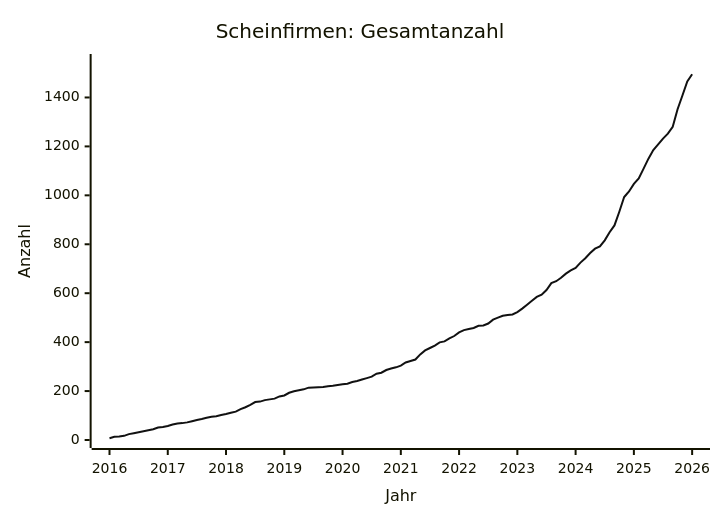
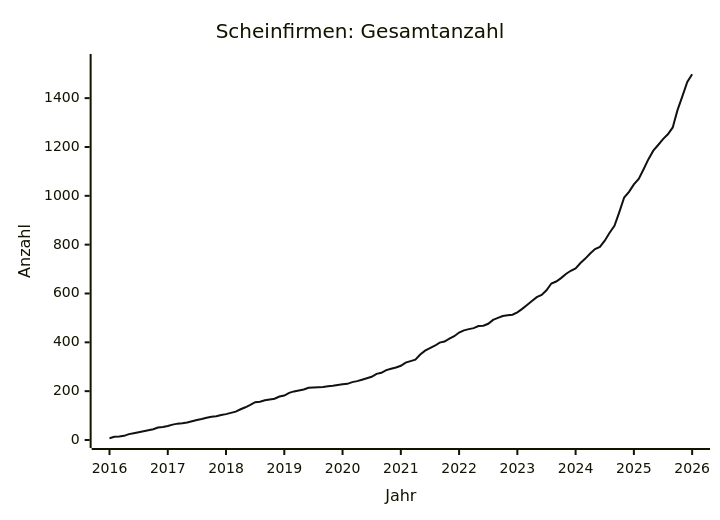
The diagram in data/STATS.md (arjoma/scheinfirmen-at), drawn with Mermaid before and after one commit. The commit also changed other lines of this file and 3 other files, not shown here.

````diff
--- a/data/STATS.md
+++ b/data/STATS.md
@@ -9,13 +9,13 @@
 ```mermaid
 ---
 config:
   themeVariables:
     xyChart:
       plotColorPalette: "#111111"
 ---
 xychart-beta
     title "Scheinfirmen: Gesamtanzahl"
     x-axis "Jahr" 2016 --> 2026
-    y-axis "Anzahl" 0 --> 1545
-    line [7, 13, 14, 17, 24, 28, 32, 36, 40, 44, 51, 53, 57, 63, 67, 69, 72, 77, 82, 86, 91, 95, 97, 102, 106, 111, 116, 126, 134, 144, 155, 157, 163, 166, 169, 178, 182, 193, 199, 203, 207, 214, 215, 216, 217, 220, 222, 225, 228, 230, 237, 241, 247, 253, 259, 271, 275, 286, 292, 297, 304, 317, 323, 329, 350, 366, 376, 386, 399, 403, 415, 425, 440, 449, 454, 458, 467, 468, 476, 492, 500, 508, 511, 513, 523, 537, 553, 569, 585, 594, 613, 641, 649, 663, 680, 693, 703, 725, 743, 764, 782, 791, 816, 849, 877, 933, 993, 1016, 1047, 1069, 1109, 1150, 1185, 1208, 1232, 1252, 1280, 1352, 1408, 1466, 1495]
+    y-axis "Anzahl" 0 --> 1548
+    line [7, 13, 14, 17, 24, 28, 32, 36, 40, 44, 51, 53, 57, 63, 67, 69, 72, 77, 82, 86, 91, 95, 97, 102, 106, 111, 116, 126, 134, 144, 155, 157, 163, 166, 169, 178, 182, 193, 199, 203, 207, 214, 215, 216, 217, 220, 222, 225, 228, 230, 237, 241, 247, 253, 259, 271, 275, 286, 292, 297, 304, 317, 323, 329, 350, 366, 376, 386, 399, 403, 415, 425, 440, 449, 454, 458, 467, 468, 476, 492, 500, 508, 511, 513, 523, 537, 553, 569, 585, 594, 613, 641, 649, 663, 680, 693, 703, 725, 743, 764, 782, 791, 816, 849, 877, 933, 993, 1016, 1047, 1069, 1109, 1150, 1185, 1208, 1232, 1252, 1280, 1352, 1408, 1466, 1498]
 ```
````
